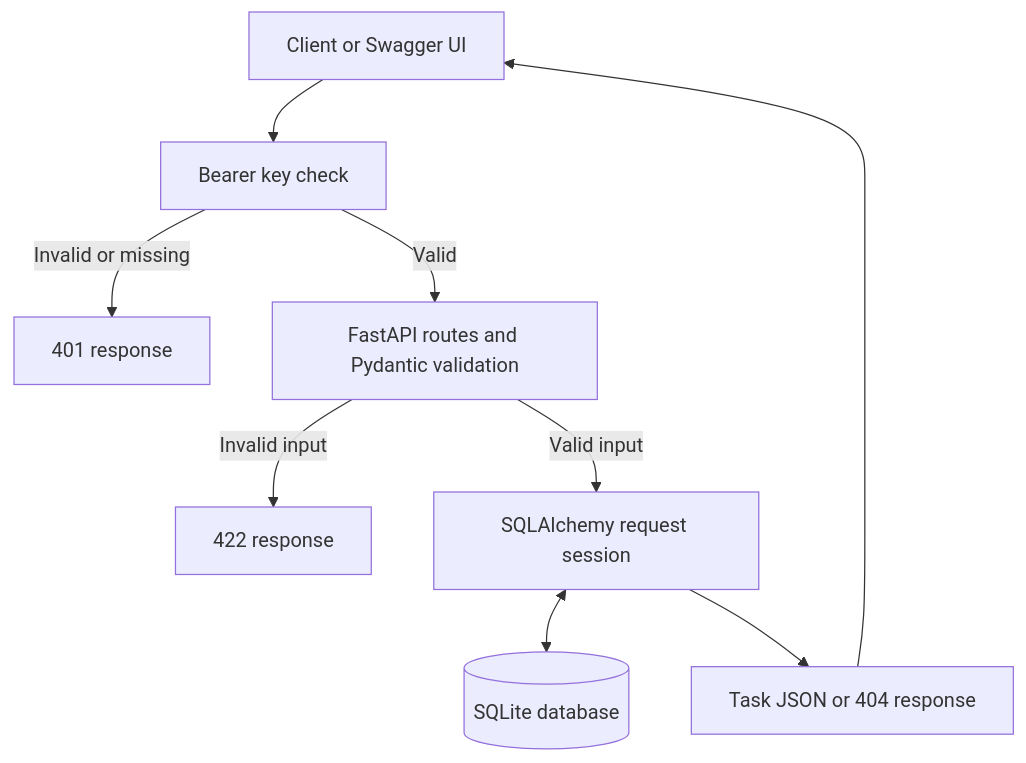
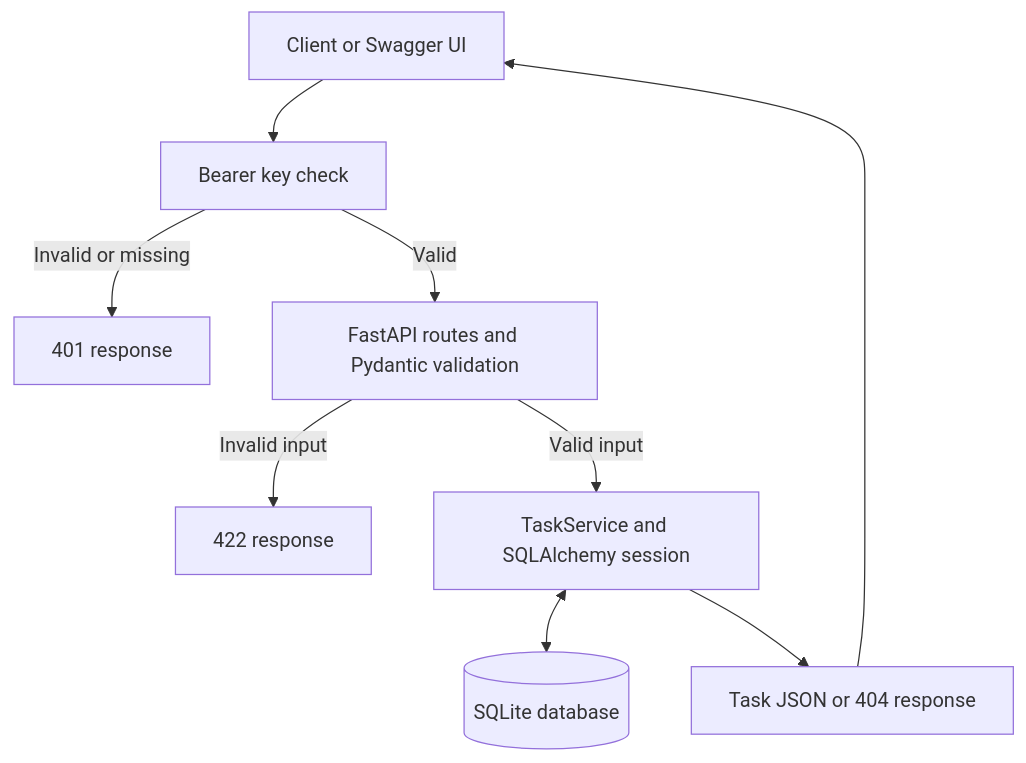
The diagram in docs/ARCHITECTURE.md (Marr-star/fastapi-task-service), drawn with Mermaid before and after one commit. The commit also changed other lines of this file and 10 other files, not shown here.

Commit message:
Refactor task persistence into service and share field validation

````diff
--- a/docs/ARCHITECTURE.md
+++ b/docs/ARCHITECTURE.md
@@ -5,11 +5,11 @@
 ```mermaid
 flowchart TD
     A["Client or Swagger UI"] --> B["Bearer key check"]
     B -->|Invalid or missing| C["401 response"]
     B -->|Valid| D["FastAPI routes and Pydantic validation"]
     D -->|Invalid input| E["422 response"]
-    D -->|Valid input| F["SQLAlchemy request session"]
+    D -->|Valid input| F["TaskService and SQLAlchemy session"]
     F <--> G[("SQLite database")]
     F --> H["Task JSON or 404 response"]
     H --> A
 ```
````
